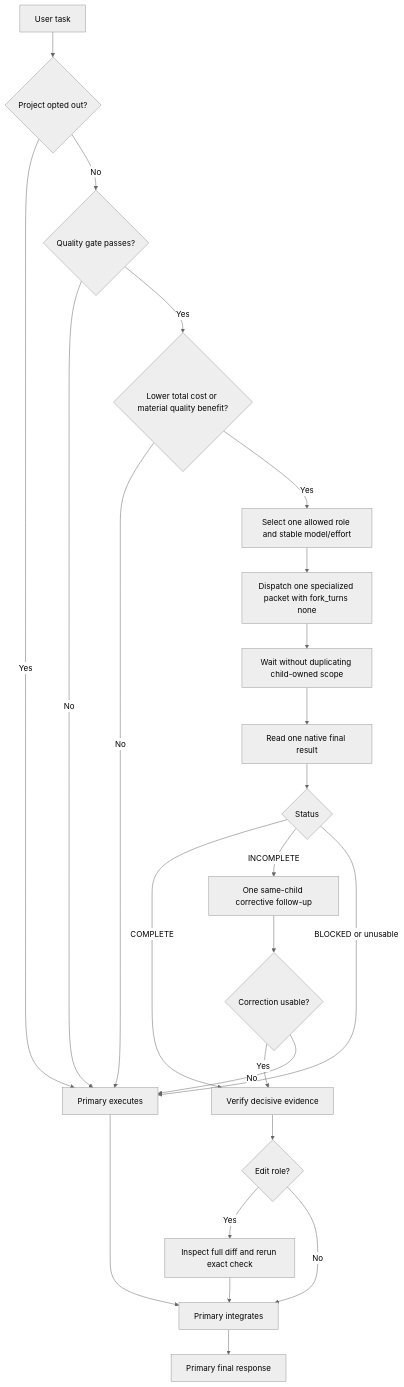
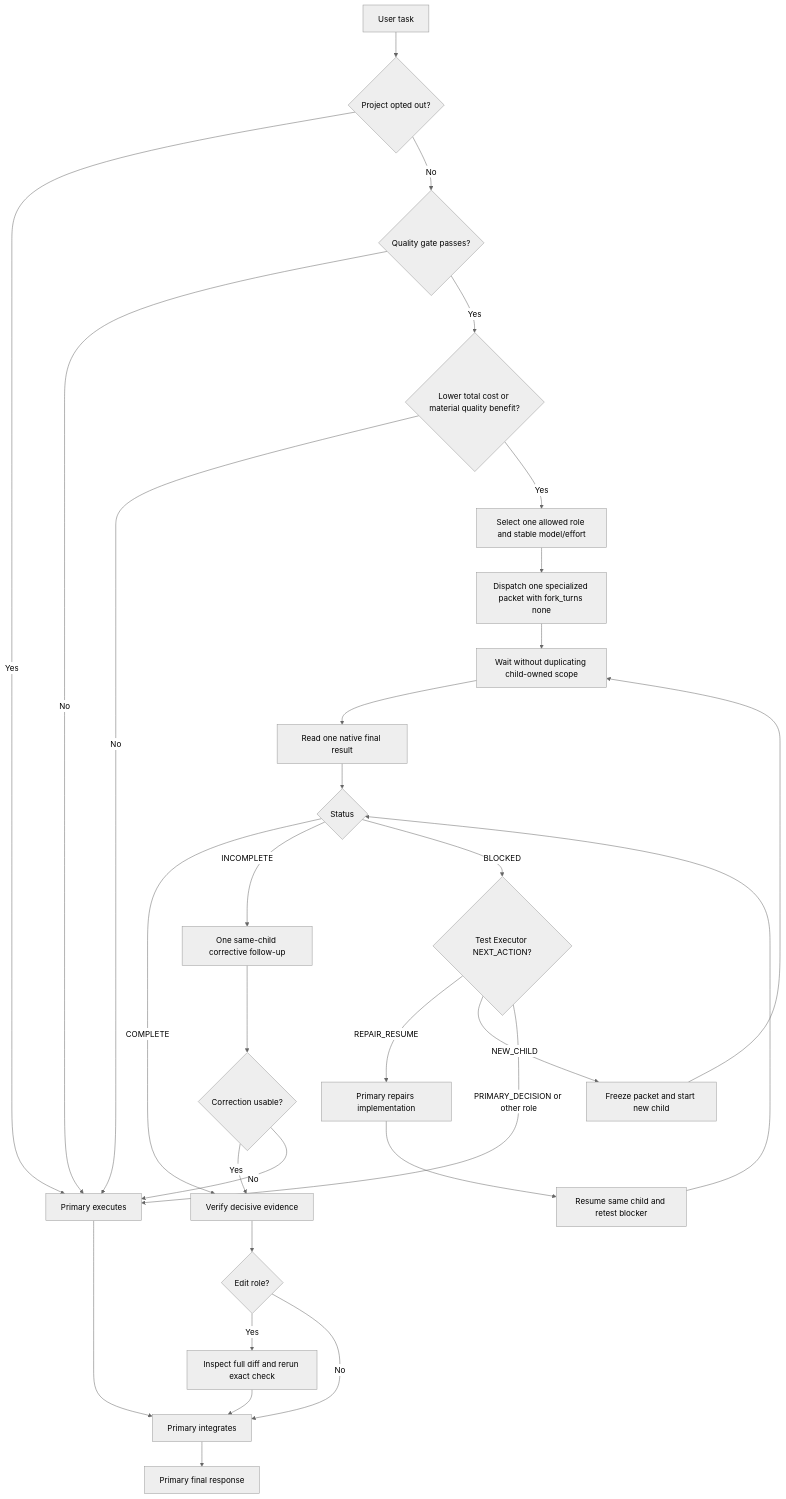
Before and after one commit to shjqwert/sol-advisor-auto: the diagram in README.md, drawn with Mermaid (neutral theme). The commit also changed other lines of this file and 10 other files, not shown here.

````diff
--- a/README.md
+++ b/README.md
@@ -120,26 +122,32 @@
 ```mermaid
 flowchart TD
     A[User task] --> B{Project opted out?}
     B -->|Yes| P[Primary executes]
     B -->|No| Q{Quality gate passes?}
     Q -->|No| P
     Q -->|Yes| G{Lower total cost or material quality benefit?}
     G -->|No| P
     G -->|Yes| R[Select one allowed role and stable model/effort]
     R --> D[Dispatch one specialized packet with fork_turns none]
     D --> W[Wait without duplicating child-owned scope]
     W --> F[Read one native final result]
     F --> S{Status}
     S -->|COMPLETE| V[Verify decisive evidence]
     S -->|INCOMPLETE| C[One same-child corrective follow-up]
-    S -->|BLOCKED or unusable| P
+    S -->|BLOCKED| T{Test Executor NEXT_ACTION?}
+    T -->|REPAIR_RESUME| RPR[Primary repairs implementation]
+    T -->|NEW_CHILD| NC[Freeze packet and start new child]
+    T -->|PRIMARY_DECISION or other role| P
+    RPR --> RR[Resume same child and retest blocker]
+    RR --> S
+    NC --> W
     C --> S2{Correction usable?}
     S2 -->|Yes| V
     S2 -->|No| P
     V --> E{Edit role?}
     E -->|Yes| X[Inspect full diff and rerun exact check]
     E -->|No| I[Primary integrates]
     X --> I
     P --> I
     I --> O[Primary final response]
 ```
````
